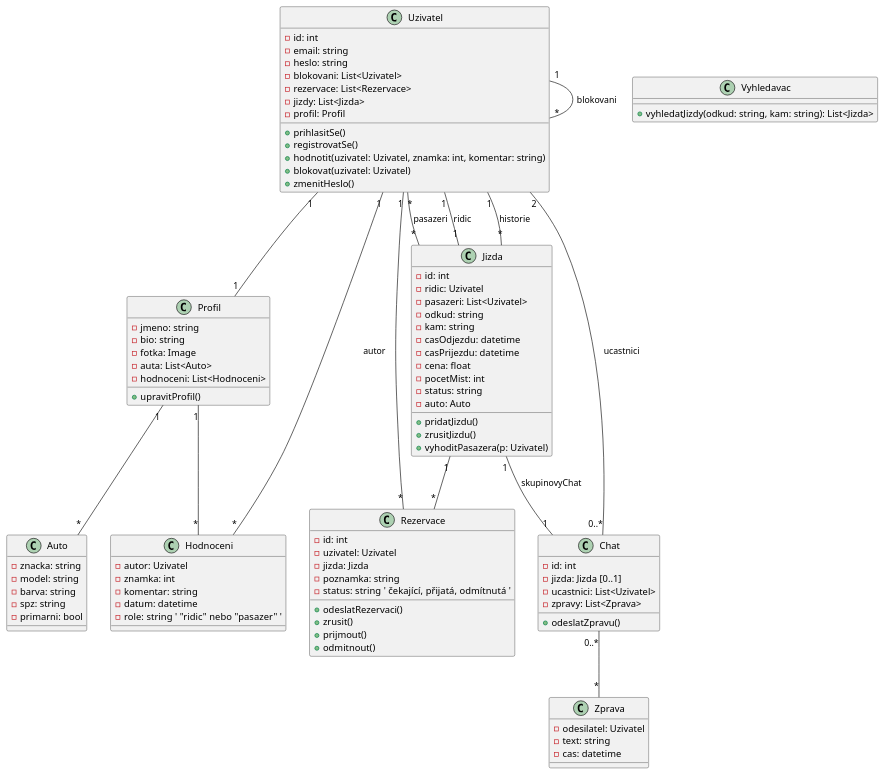
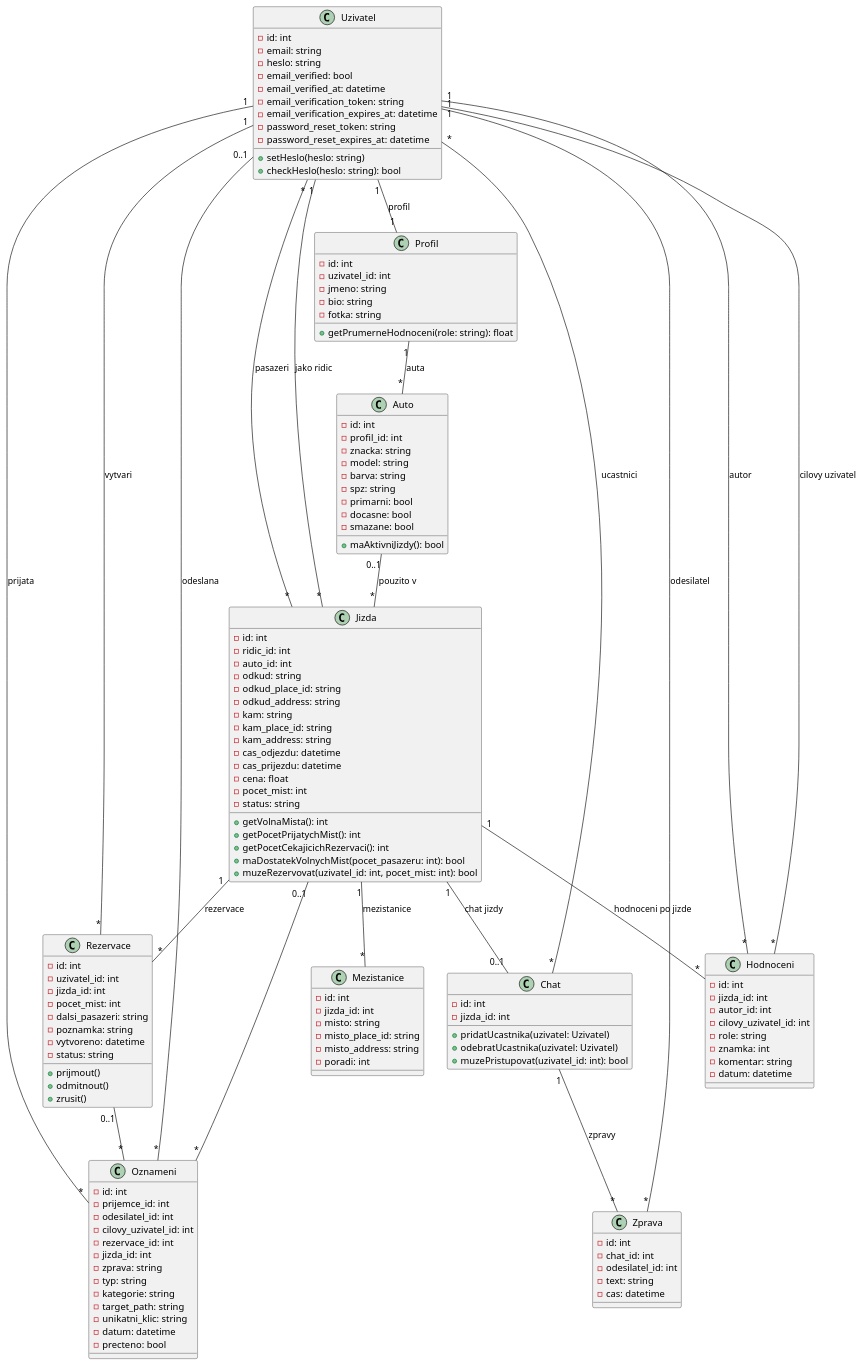
The diagram in docs/classDiagram.md (Mrmartinsko/spolujizda), drawn with PlantUML before and after one commit. The commit also changed 50 other files, not shown here.

````diff
--- a/docs/classDiagram.md
+++ b/docs/classDiagram.md
@@ -1,113 +1,157 @@
 ```plantuml
 @startuml
 
-' ===== Třídy =====
+' Zjednoduseny diagram trid podle aktualniho backendu.
+' Blokovani je zamerne vynechano.
 
 class Uzivatel {
     - id: int
     - email: string
     - heslo: string
-    - blokovani: List<Uzivatel>
-    - rezervace: List<Rezervace>
-    - jizdy: List<Jizda>
-    - profil: Profil
-    + prihlasitSe()
-    + registrovatSe()
-    + hodnotit(uzivatel: Uzivatel, znamka: int, komentar: string)
-    + blokovat(uzivatel: Uzivatel)
-    + zmenitHeslo()
+    - email_verified: bool
+    - email_verified_at: datetime
+    - email_verification_token: string
+    - email_verification_expires_at: datetime
+    - password_reset_token: string
+    - password_reset_expires_at: datetime
+    + setHeslo(heslo: string)
+    + checkHeslo(heslo: string): bool
 }
 
 class Profil {
+    - id: int
+    - uzivatel_id: int
     - jmeno: string
     - bio: string
-    - fotka: Image
-    - auta: List<Auto>
-    - hodnoceni: List<Hodnoceni>
-    + upravitProfil()
-}
-
-class Hodnoceni {
-    - autor: Uzivatel
-    - znamka: int
-    - komentar: string
-    - datum: datetime
-    - role: string  ' "ridic" nebo "pasazer" '
+    - fotka: string
+    + getPrumerneHodnoceni(role: string): float
 }
 
 class Auto {
+    - id: int
+    - profil_id: int
     - znacka: string
     - model: string
     - barva: string
     - spz: string
     - primarni: bool
+    - docasne: bool
+    - smazane: bool
+    + maAktivniJizdy(): bool
 }
 
 class Jizda {
     - id: int
-    - ridic: Uzivatel
-    - pasazeri: List<Uzivatel>
+    - ridic_id: int
+    - auto_id: int
     - odkud: string
+    - odkud_place_id: string
+    - odkud_address: string
     - kam: string
-    - casOdjezdu: datetime
-    - casPrijezdu: datetime
+    - kam_place_id: string
+    - kam_address: string
+    - cas_odjezdu: datetime
+    - cas_prijezdu: datetime
     - cena: float
-    - pocetMist: int
+    - pocet_mist: int
     - status: string
-    - auto: Auto
-    + pridatJizdu()
-    + zrusitJizdu()
-    + vyhoditPasazera(p: Uzivatel)
+    + getVolnaMista(): int
+    + getPocetPrijatychMist(): int
+    + getPocetCekajicichRezervaci(): int
+    + maDostatekVolnychMist(pocet_pasazeru: int): bool
+    + muzeRezervovat(uzivatel_id: int, pocet_mist: int): bool
+}
+
+class Mezistanice {
+    - id: int
+    - jizda_id: int
+    - misto: string
+    - misto_place_id: string
+    - misto_address: string
+    - poradi: int
 }
 
 class Rezervace {
     - id: int
-    - uzivatel: Uzivatel
-    - jizda: Jizda
+    - uzivatel_id: int
+    - jizda_id: int
+    - pocet_mist: int
+    - dalsi_pasazeri: string
     - poznamka: string
-    - status: string  ' čekající, přijatá, odmítnutá '
-    + odeslatRezervaci()
-    + zrusit()
+    - vytvoreno: datetime
+    - status: string
     + prijmout()
     + odmitnout()
+    + zrusit()
 }
 
 class Chat {
     - id: int
-    - jizda: Jizda [0..1]
-    - ucastnici: List<Uzivatel>
-    - zpravy: List<Zprava>
-    + odeslatZpravu()
+    - jizda_id: int
+    + pridatUcastnika(uzivatel: Uzivatel)
+    + odebratUcastnika(uzivatel: Uzivatel)
+    + muzePristupovat(uzivatel_id: int): bool
 }
 
 class Zprava {
-    - odesilatel: Uzivatel
+    - id: int
+    - chat_id: int
+    - odesilatel_id: int
     - text: string
     - cas: datetime
 }
 
-class Vyhledavac {
-    + vyhledatJizdy(odkud: string, kam: string): List<Jizda>
+class Hodnoceni {
+    - id: int
+    - jizda_id: int
+    - autor_id: int
+    - cilovy_uzivatel_id: int
+    - role: string
+    - znamka: int
+    - komentar: string
+    - datum: datetime
 }
 
-' ===== Vztahy =====
+class Oznameni {
+    - id: int
+    - prijemce_id: int
+    - odesilatel_id: int
+    - cilovy_uzivatel_id: int
+    - rezervace_id: int
+    - jizda_id: int
+    - zprava: string
+    - typ: string
+    - kategorie: string
+    - target_path: string
+    - unikatni_klic: string
+    - datum: datetime
+    - precteno: bool
+}
 
-Uzivatel "1" -- "1" Profil
-Profil "1" -- "*" Auto
-Profil "1" -- "*" Hodnoceni
-Hodnoceni "*" -- "1" Uzivatel : autor
+Uzivatel "1" -- "1" Profil : profil
+Profil "1" -- "*" Auto : auta
 
-Uzivatel "1" -- "*" Rezervace
-Uzivatel "1" -- "*" Jizda : historie
-Uzivatel "1" -- "*" Uzivatel : blokovani
+Uzivatel "1" -- "*" Jizda : jako ridic
+Jizda "*" -- "*" Uzivatel : pasazeri
+Jizda "1" -- "*" Rezervace : rezervace
+Jizda "1" -- "*" Mezistanice : mezistanice
+Auto "0..1" -- "*" Jizda : pouzito v
 
-Jizda "*" -- "*" Uzivatel : pasazeri
-Jizda "1" -- "*" Rezervace
-Jizda "1" -- "1" Uzivatel : ridic
+Uzivatel "1" -- "*" Rezervace : vytvari
 
-Chat "0..*" -- "*" Zprava
-Chat "0..*" -- "2" Uzivatel : ucastnici
-Jizda "1" -- "1" Chat : skupinovyChat
+Jizda "1" -- "0..1" Chat : chat jizdy
+Chat "*" -- "*" Uzivatel : ucastnici
+Chat "1" -- "*" Zprava : zpravy
+Uzivatel "1" -- "*" Zprava : odesilatel
+
+Uzivatel "1" -- "*" Hodnoceni : autor
+Uzivatel "1" -- "*" Hodnoceni : cilovy uzivatel
+Jizda "1" -- "*" Hodnoceni : hodnoceni po jizde
+
+Uzivatel "1" -- "*" Oznameni : prijata
+Uzivatel "0..1" -- "*" Oznameni : odeslana
+Jizda "0..1" -- "*" Oznameni
+Rezervace "0..1" -- "*" Oznameni
 
 @enduml
 ```
````
